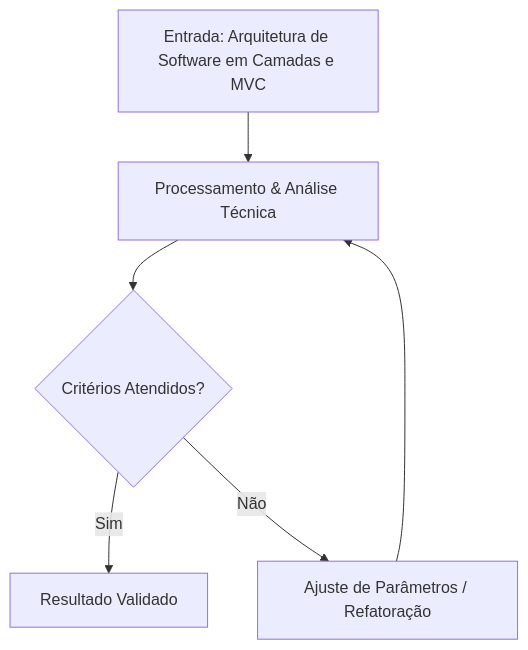
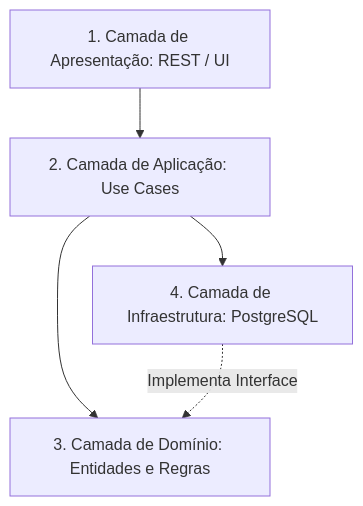
The diagram in content/pt-br/resource/Engenharia de Computação/6-periodo/analise-de-software-orientada-a-objetos/anotacoes/aula-12-arquitetura-de-software-em-camadas-e-mvc.md (pedroiff0/page), drawn with Mermaid before and after one commit. The commit also changed other lines of this file and 826 other files, not shown here.

````diff
--- a/content/pt-br/resource/Engenharia de Computação/6-periodo/analise-de-software-orientada-a-objetos/anotacoes/aula-12-arquitetura-de-software-em-camadas-e-mvc.md
+++ b/content/pt-br/resource/Engenharia de Computação/6-periodo/analise-de-software-orientada-a-objetos/anotacoes/aula-12-arquitetura-de-software-em-camadas-e-mvc.md
@@ -74,8 +84,7 @@
 ```mermaid
 flowchart TD
-    A[Entrada: Arquitetura de Software em Camadas e MVC] --> B[Processamento & Análise Técnica]
-    B --> C{Critérios Atendidos?}
-    C -- Sim --> D[Resultado Validado]
-    C -- Não --> E[Ajuste de Parâmetros / Refatoração]
-    E --> B
+    UI[1. Camada de Apresentação: REST / UI] --> App[2. Camada de Aplicação: Use Cases]
+    App --> Dom[3. Camada de Domínio: Entidades e Regras]
+    App --> Infra[4. Camada de Infraestrutura: PostgreSQL]
+    Infra -.->|Implementa Interface| Dom
 ```
````
